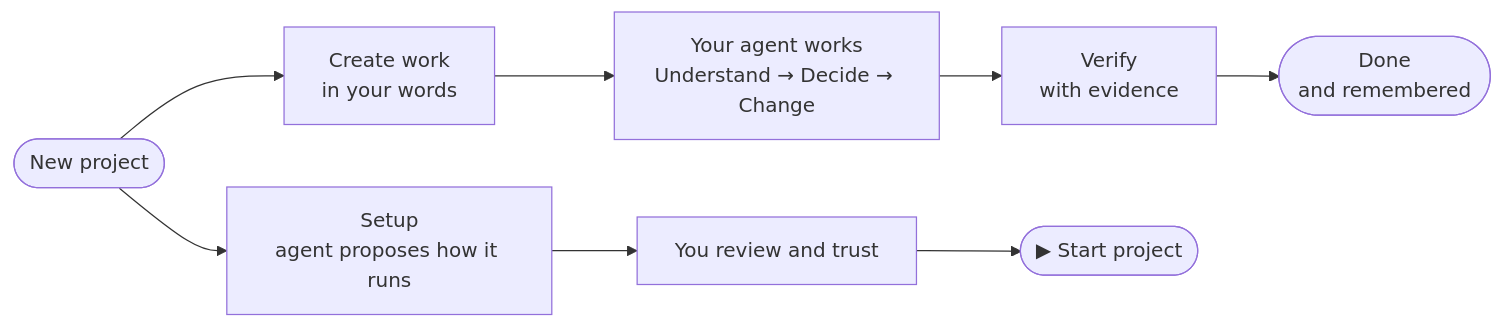
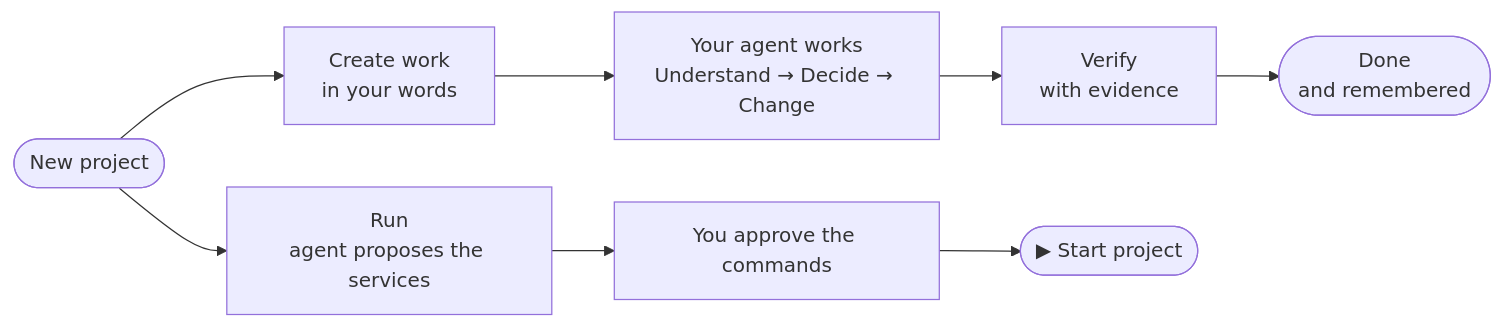
Before and after one commit to engmohamedamer/yallaflow: the diagram in docs/tour.md, drawn with Mermaid. The commit also changed other lines of this file and 386 other files, not shown here.

````diff
--- a/docs/tour.md
+++ b/docs/tour.md
@@ -9,10 +9,10 @@
 ```mermaid
 flowchart LR
     A(["New project"]) --> B["Create work<br/>in your words"]
     B --> C["Your agent works<br/>Understand → Decide → Change"]
     C --> D["Verify<br/>with evidence"]
     D --> E(["Done<br/>and remembered"])
-    A --> S["Setup<br/>agent proposes how it runs"]
-    S --> T["You review and trust"]
+    A --> S["Run<br/>agent proposes the services"]
+    S --> T["You approve the commands"]
     T --> R(["▶ Start project"])
 ```
````
